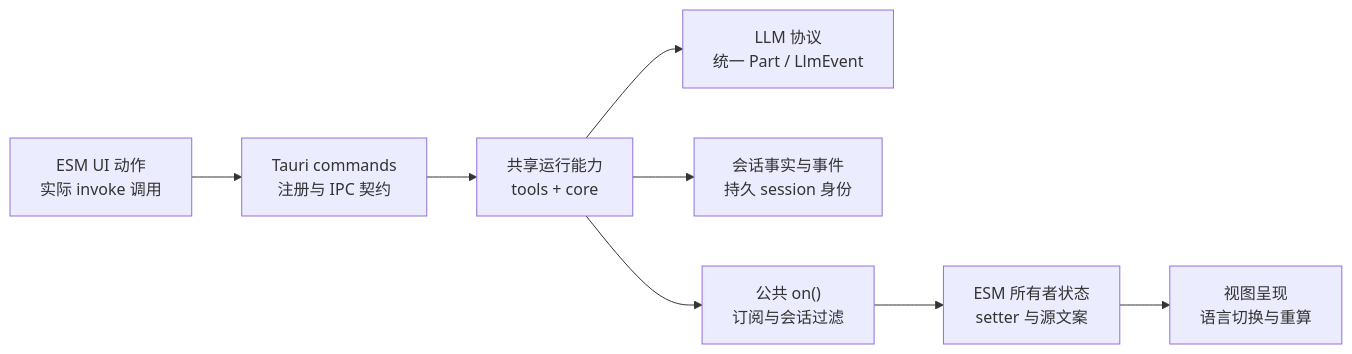
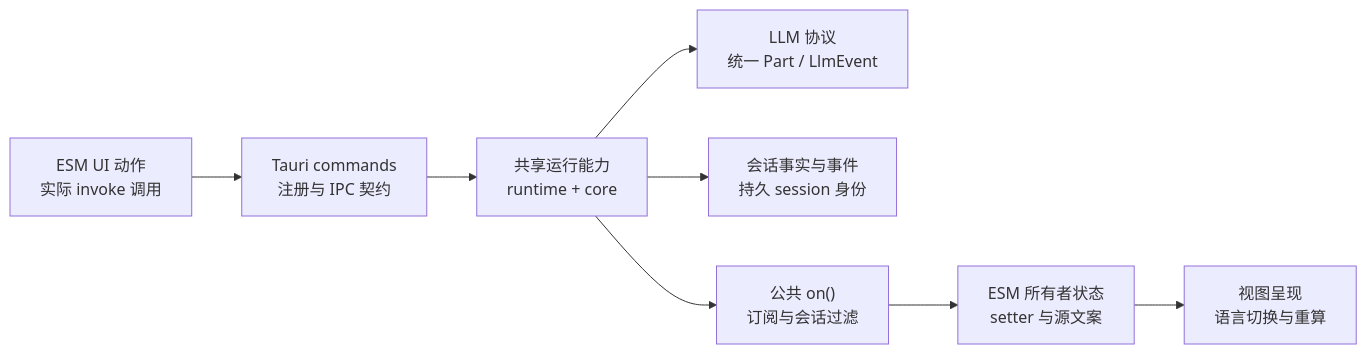
One commit to kanze1/kanzei-code changed the diagram in docs/architecture/06_frontend_protocol.md. Above: the diagram before and after it, drawn with Mermaid. The commit also changed 13 other files, not shown here.

````diff
--- a/docs/architecture/06_frontend_protocol.md
+++ b/docs/architecture/06_frontend_protocol.md
@@ -5,26 +5,26 @@
 ```mermaid
 flowchart LR
   ui_action["ESM UI 动作<br/>实际 invoke 调用"]:::entry
   commands["Tauri commands<br/>注册与 IPC 契约"]
-  shared_runtime["共享运行能力<br/>tools + core"]
+  shared_runtime["共享运行能力<br/>runtime + core"]
   wire_protocol["LLM 协议<br/>统一 Part / LlmEvent"]:::ext
   stored_facts["会话事实与事件<br/>持久 session 身份"]:::store
   bridge_subscription["公共 on()<br/>订阅与会话过滤"]:::focus
   owned_state["ESM 所有者状态<br/>setter 与源文案"]
   ui_render["视图呈现<br/>语言切换与重算"]
   ui_action --> commands
   commands --> shared_runtime
   shared_runtime --> wire_protocol
   shared_runtime --> stored_facts
   shared_runtime --> bridge_subscription
   bridge_subscription --> owned_state
   owned_state --> ui_render
   click ui_action "crates/kanzei-app/ui/08-compose.js" "输入动作与后端调用"
   click commands "crates/kanzei-app/src/main.rs" "invoke_handler 注册入口"
-  click shared_runtime "crates/kanzei-tools/src/run.rs" "公共运行装配"
+  click shared_runtime "crates/kanzei-runtime/src/lib.rs" "公共运行装配"
   click wire_protocol "crates/kanzei-llm/src/protocol/mod.rs" "所有协议同步公共请求和流事件"
   click stored_facts "crates/kanzei-core/src/store/typed.rs" "typed session facts"
   click bridge_subscription "crates/kanzei-app/ui/01-core.js" "on 的身份过滤与 listen 失败显示"
   click owned_state "crates/kanzei-app/ui/01-core.js" "会话状态的模块所有权"
   click ui_render "crates/kanzei-app/ui/02-i18n.js" "源文案翻译与语言切换"
 ```
````
